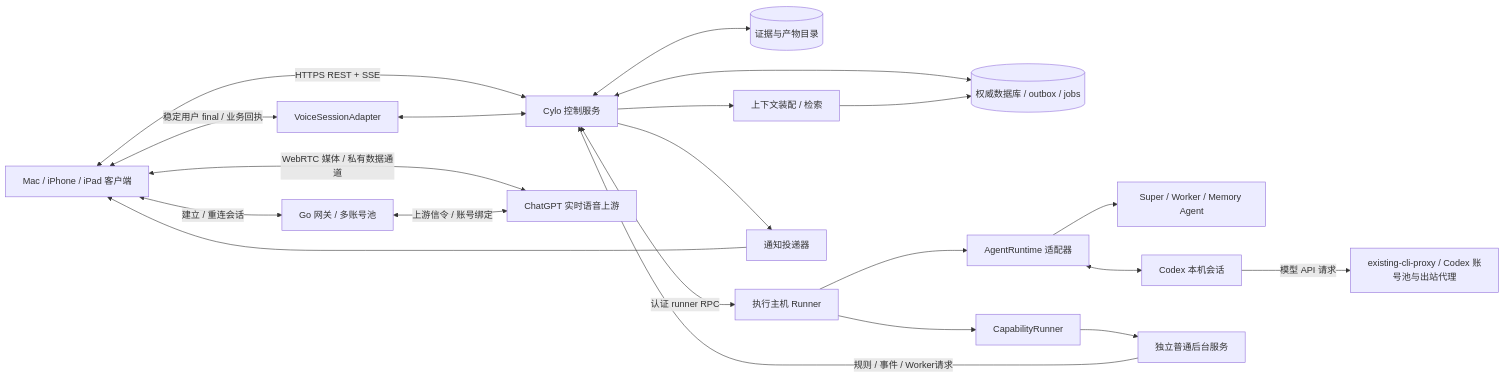
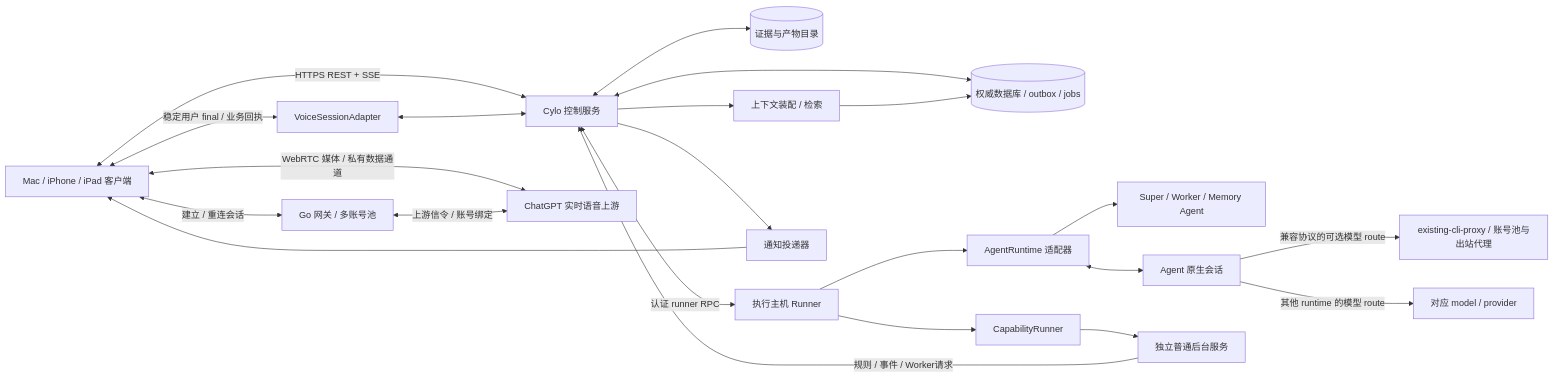
One commit to ronigooja/Cylo changed the first of 3 diagrams in docs/research/04-architecture.md. Above: the diagram before and after it, drawn with Mermaid. The commit also changed other lines of this file and 4 other files, not shown here.

Commit message:
docs: clarify AO multi-agent and provider boundaries

````diff
--- a/docs/research/04-architecture.md
+++ b/docs/research/04-architecture.md
@@ -24,23 +24,24 @@
 ```mermaid
 flowchart LR
   PWA[Mac / iPhone / iPad 客户端] <-->|HTTPS REST + SSE| CP[Cylo 控制服务]
   PWA <-->|WebRTC 媒体 / 私有数据通道| UP[ChatGPT 实时语音上游]
   PWA <-->|建立 / 重连会话| GW[Go 网关 / 多账号池]
   GW <-->|上游信令 / 账号绑定| UP
   PWA <-->|稳定用户 final / 业务回执| VP[VoiceSessionAdapter]
   VP <--> CP
   CP <--> DB[(权威数据库 / outbox / jobs)]
   CP <--> OBJ[(证据与产物目录)]
   CP --> CTX[上下文装配 / 检索]
   CTX --> DB
   CP <-->|认证 runner RPC| R[执行主机 Runner]
   R --> AR[AgentRuntime 适配器]
   AR --> S[Super / Worker / Memory Agent]
-  AR <--> CX[Codex 本机会话]
-  CX -->|模型 API 请求| PX[existing-cli-proxy / Codex 账号池与出站代理]
+  AR <--> CX[Agent 原生会话]
+  CX -->|兼容协议的可选模型 route| PX[existing-cli-proxy / 账号池与出站代理]
+  CX -->|其他 runtime 的模型 route| MP[对应 model / provider]
   R --> CR[CapabilityRunner]
   CR --> SV[独立普通后台服务]
   SV -->|规则 / 事件 / Worker请求| CP
   CP --> PN[通知投递器]
   PN --> PWA
 ```
````
